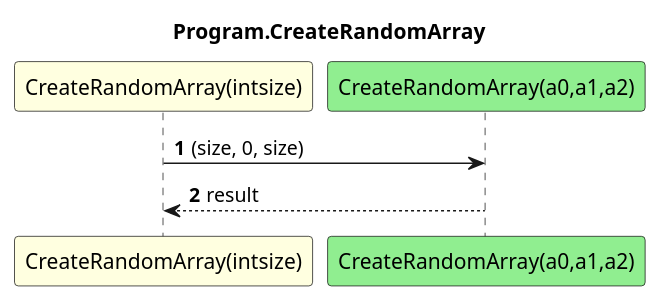
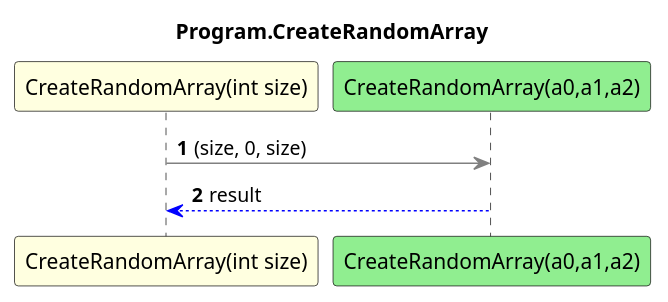
One commit to leoggehrer/2324-34_ABIF_ACIF_POSE changed the diagram in SortingAlgorithms.ConApp/diagrams/sq_Program_CreateRandomArray.puml. Above: the diagram before and after it, drawn with PlantUML. The commit also changed 37 other files, not shown here.

```diff
--- a/SortingAlgorithms.ConApp/diagrams/sq_Program_CreateRandomArray.puml
+++ b/SortingAlgorithms.ConApp/diagrams/sq_Program_CreateRandomArray.puml
@@ -1,8 +1,8 @@
 @startuml Program.CreateRandomArray
 title Program.CreateRandomArray
-participant "CreateRandomArray(intsize)" as CreateRandomArray_p0 #LightYellow
+participant "CreateRandomArray(int size)" as CreateRandomArray_p0 #LightYellow
 participant "CreateRandomArray(a0,a1,a2)" as CreateRandomArray_a0_a1_a2 #LightGreen
 autonumber
-CreateRandomArray_p0 -> CreateRandomArray_a0_a1_a2 : (size, 0, size)
-CreateRandomArray_a0_a1_a2 --> CreateRandomArray_p0 : result
+CreateRandomArray_p0 -[#grey]> CreateRandomArray_a0_a1_a2 : (size, 0, size)
+CreateRandomArray_a0_a1_a2 -[#blue]-> CreateRandomArray_p0 : result
 @enduml
```
